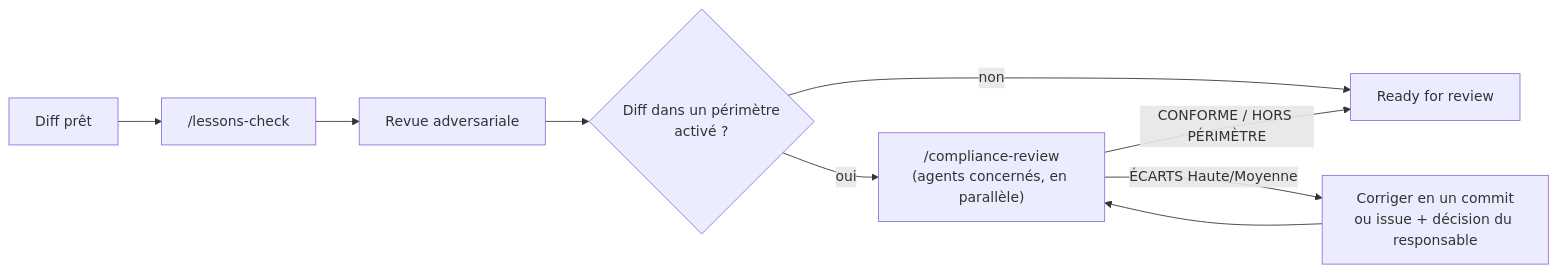
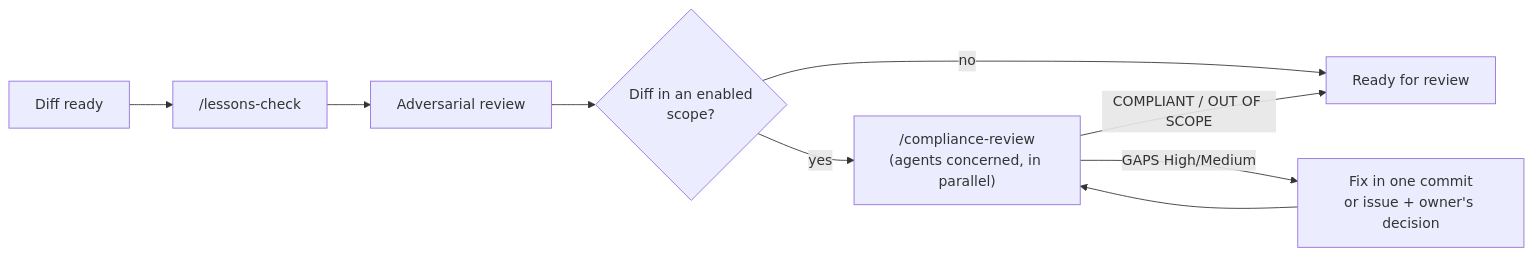
One commit to francoisgn/Agentic-Harness changed the diagram in docs/COMPLIANCE.md. Above: the diagram before and after it, drawn with Mermaid. The commit also changed other lines of this file and 52 other files, not shown here.

First line of the commit message:
Translate docs, README, lessons, ADRs, skills and agents to English (work in progress)

````diff
--- a/docs/COMPLIANCE.md
+++ b/docs/COMPLIANCE.md
@@ -71,10 +71,10 @@
 ```mermaid
 flowchart LR
-  D[Diff prêt] --> L["/lessons-check"] --> A[Revue adversariale]
-  A --> Q{"Diff dans un périmètre<br/>activé ?"}
-  Q -- non --> R[Ready for review]
-  Q -- oui --> C["/compliance-review<br/>(agents concernés, en parallèle)"]
-  C -->|ÉCARTS Haute/Moyenne| F[Corriger en un commit<br/>ou issue + décision du responsable]
+  D[Diff ready] --> L["/lessons-check"] --> A[Adversarial review]
+  A --> Q{"Diff in an enabled<br/>scope?"}
+  Q -- no --> R[Ready for review]
+  Q -- yes --> C["/compliance-review<br/>(agents concerned, in parallel)"]
+  C -->|GAPS High/Medium| F[Fix in one commit<br/>or issue + owner's decision]
   F --> C
-  C -->|CONFORME / HORS PÉRIMÈTRE| R
+  C -->|COMPLIANT / OUT OF SCOPE| R
 ```
````
